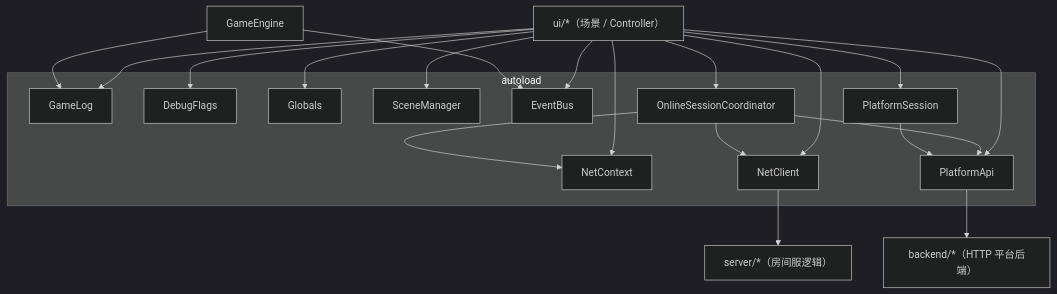
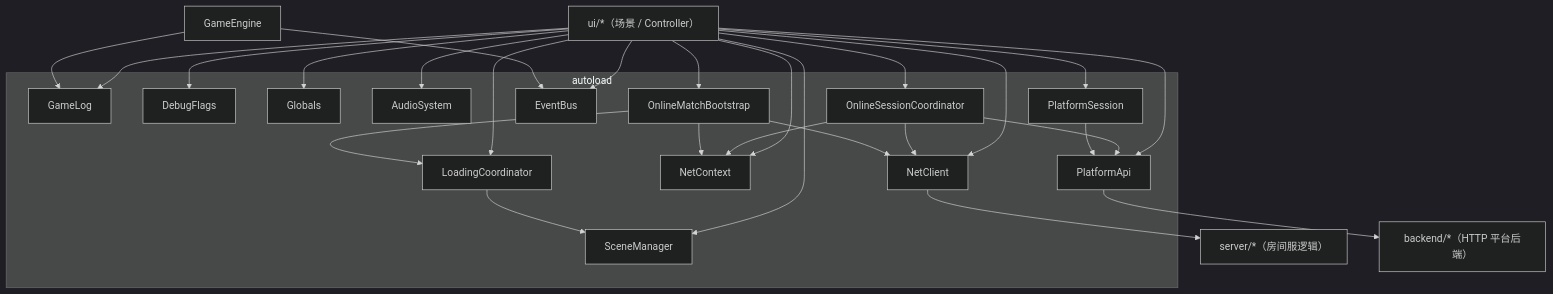
The diagram in docs/architecture/10-autoload.md (ygowill/food_chain_magnate), drawn with Mermaid (dark theme) before and after one commit. The commit also changed other lines of this file and 61 other files, not shown here.

````diff
--- a/docs/architecture/10-autoload.md
+++ b/docs/architecture/10-autoload.md
@@ -20,41 +23,51 @@
 ```mermaid
 flowchart TB
   UI["ui/*（场景 / Controller）"]
   GE["GameEngine"]
   SERVER["server/*（房间服逻辑）"]
   BACKEND["backend/*（HTTP 平台后端）"]
 
   subgraph AL["autoload"]
     GL["GameLog"]
     DF["DebugFlags"]
     G["Globals"]
+    AS["AudioSystem"]
+    LC["LoadingCoordinator"]
+    OMB["OnlineMatchBootstrap"]
     SM["SceneManager"]
     EB["EventBus"]
     NX["NetContext"]
     NC["NetClient"]
     OSC["OnlineSessionCoordinator"]
     API["PlatformApi"]
     PS["PlatformSession"]
   end
 
   UI --> G
+  UI --> AS
+  UI --> LC
+  UI --> OMB
   UI --> SM
   UI --> EB
   UI --> NX
   UI --> NC
   UI --> OSC
   UI --> API
   UI --> PS
   UI --> GL
   UI --> DF
 
   GE --> EB
   GE --> GL
 
   NC --> SERVER
   API --> BACKEND
   OSC --> API
   OSC --> NC
   OSC --> NX
   PS --> API
+  LC --> SM
+  OMB --> LC
+  OMB --> NC
+  OMB --> NX
 ```
````
